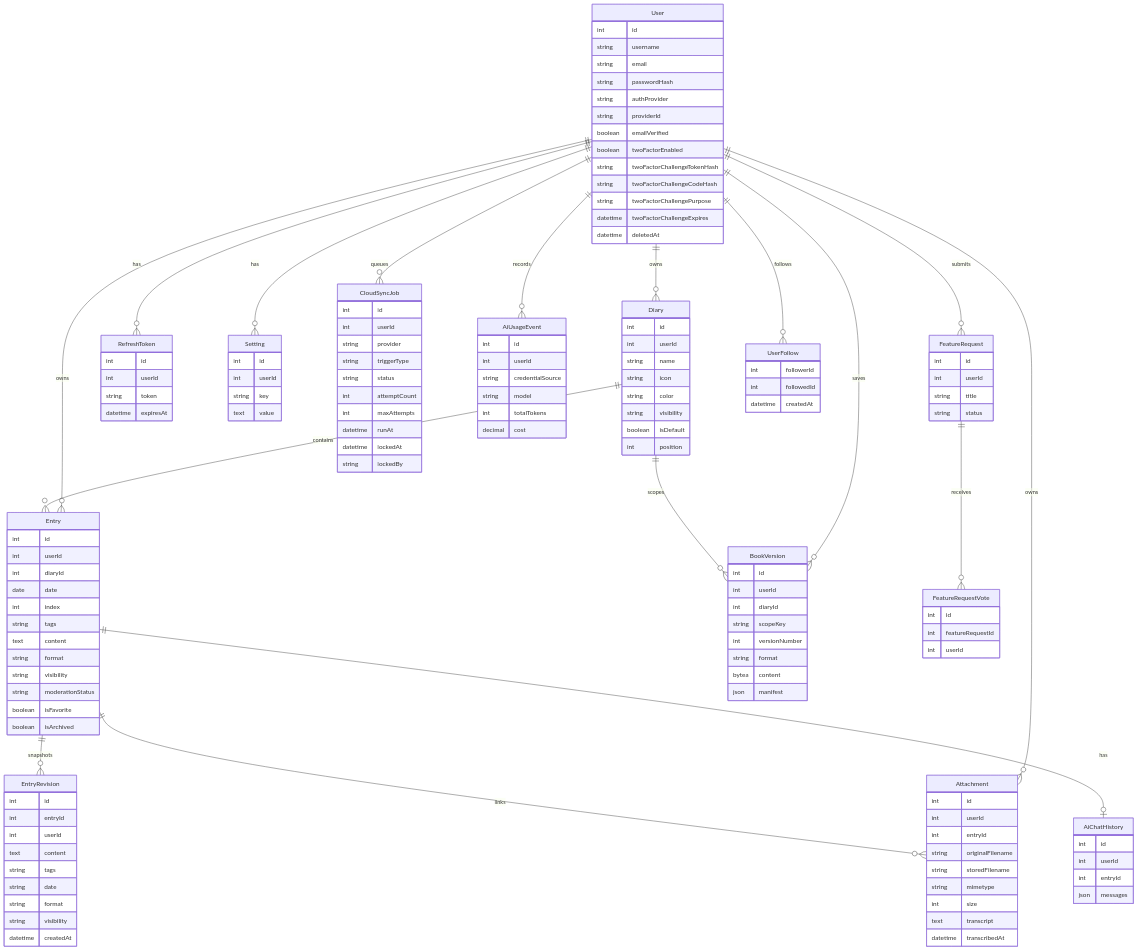
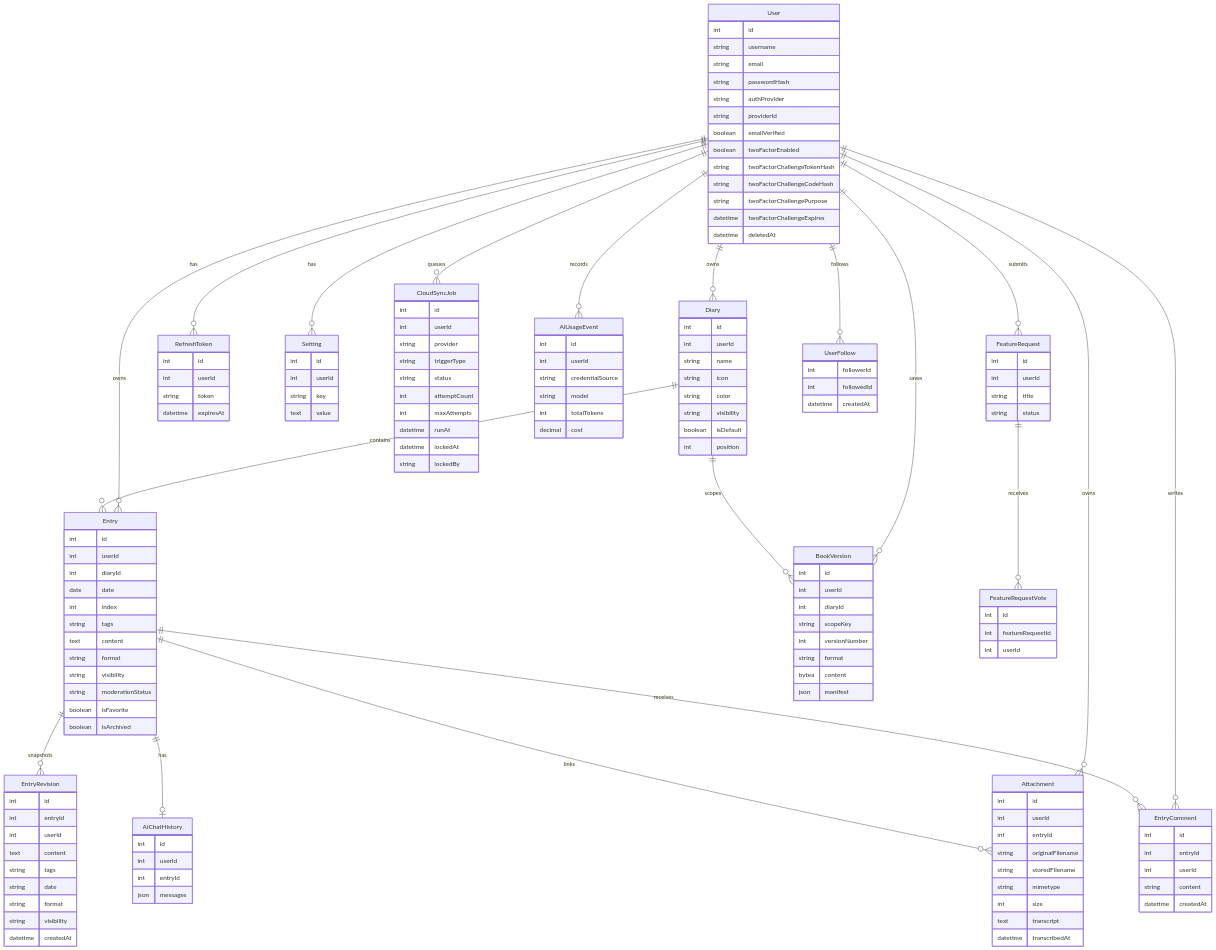
The diagram in docs/data-model.md (chefzaid/thoughty), drawn with Mermaid before and after one commit. The commit also changed other lines of this file and 46 other files, not shown here.

````diff
--- a/docs/data-model.md
+++ b/docs/data-model.md
@@ -17,12 +17,14 @@
     User ||--o{ FeatureRequest : submits
     FeatureRequest ||--o{ FeatureRequestVote : receives
     User ||--o{ UserFollow : follows
+    User ||--o{ EntryComment : writes
 
     Diary ||--o{ Entry : contains
     Diary ||--o{ BookVersion : scopes
     Entry ||--o{ EntryRevision : snapshots
     Entry ||--o{ Attachment : links
     Entry ||--o| AiChatHistory : has
+    Entry ||--o{ EntryComment : receives
 
     User {
         int id
@@ -162,4 +164,12 @@
         int followedId
         datetime createdAt
     }
+
+    EntryComment {
+        int id
+        int entryId
+        int userId
+        string content
+        datetime createdAt
+    }
 ```
````
